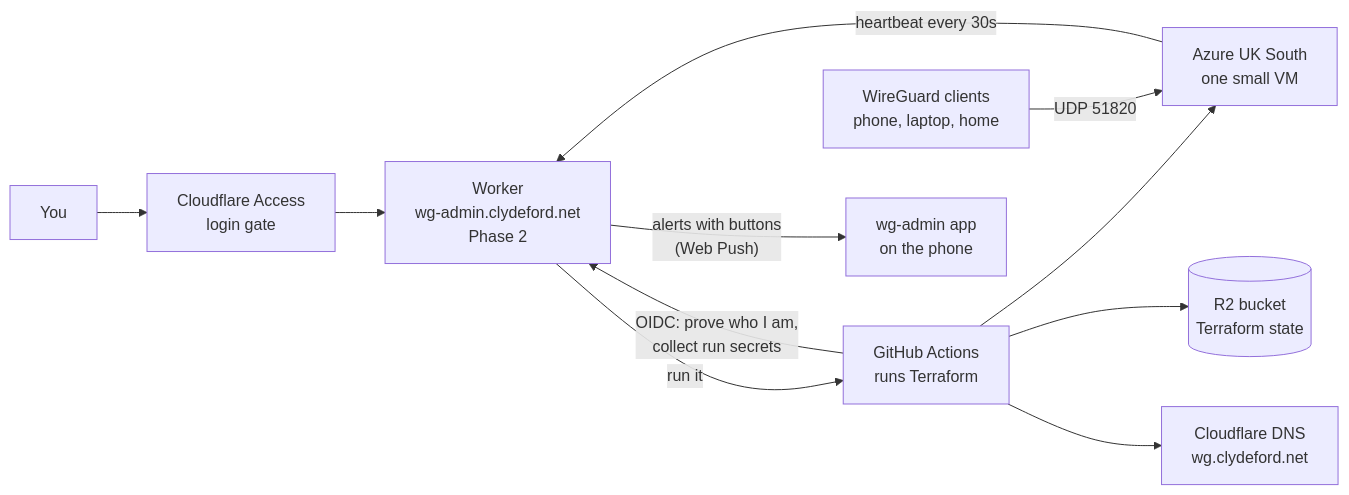
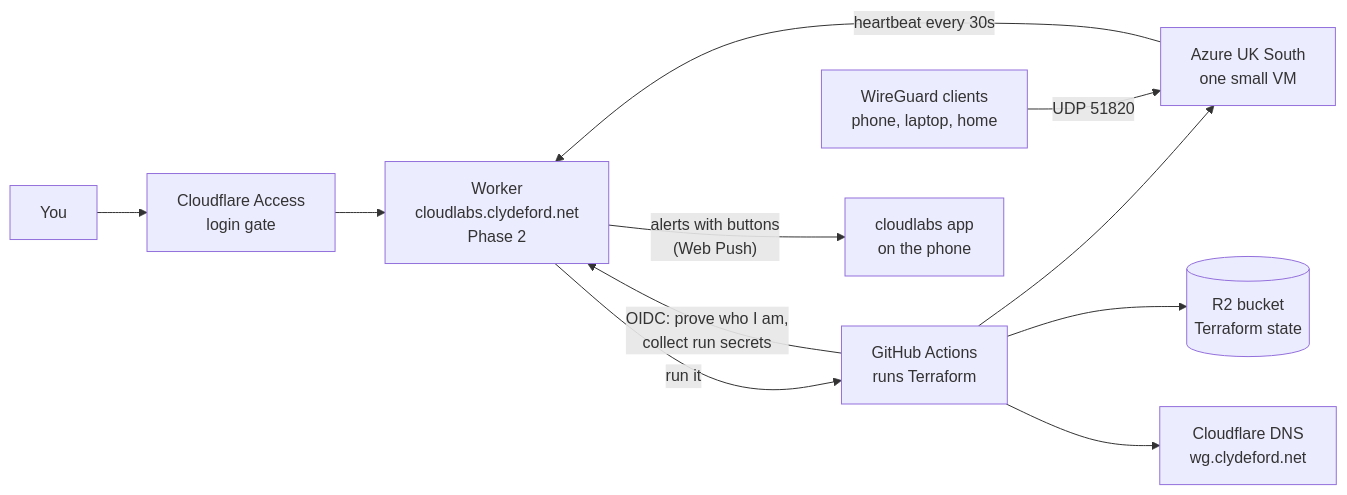
One commit to sjohnston1972/wireguard changed the diagram in README.md. Above: the diagram before and after it, drawn with Mermaid. The commit also changed other lines of this file and 63 other files, not shown here.

First line of the commit message:
Rebrand to cloudlabs and move to cloudlabs.clydeford.net (#126)

````diff
--- a/README.md
+++ b/README.md
@@ -20,13 +26,13 @@
 ```mermaid
 flowchart LR
   U[You] --> CA[Cloudflare Access<br/>login gate]
-  CA --> W[Worker<br/>wg-admin.clydeford.net<br/>Phase 2]
+  CA --> W[Worker<br/>cloudlabs.clydeford.net<br/>Phase 2]
   W -->|"run it"| GH[GitHub Actions<br/>runs Terraform]
   GH --> AZ[Azure UK South<br/>one small VM]
   GH --> R2[(R2 bucket<br/>Terraform state)]
   GH --> DNS[Cloudflare DNS<br/>wg.clydeford.net]
   AZ -->|heartbeat every 30s| W
   C[WireGuard clients<br/>phone, laptop, home] -->|UDP 51820| AZ
-  W -->|"alerts with buttons<br/>(Web Push)"| N[wg-admin app<br/>on the phone]
+  W -->|"alerts with buttons<br/>(Web Push)"| N[cloudlabs app<br/>on the phone]
   GH -->|"OIDC: prove who I am,<br/>collect run secrets"| W
 ```
````
